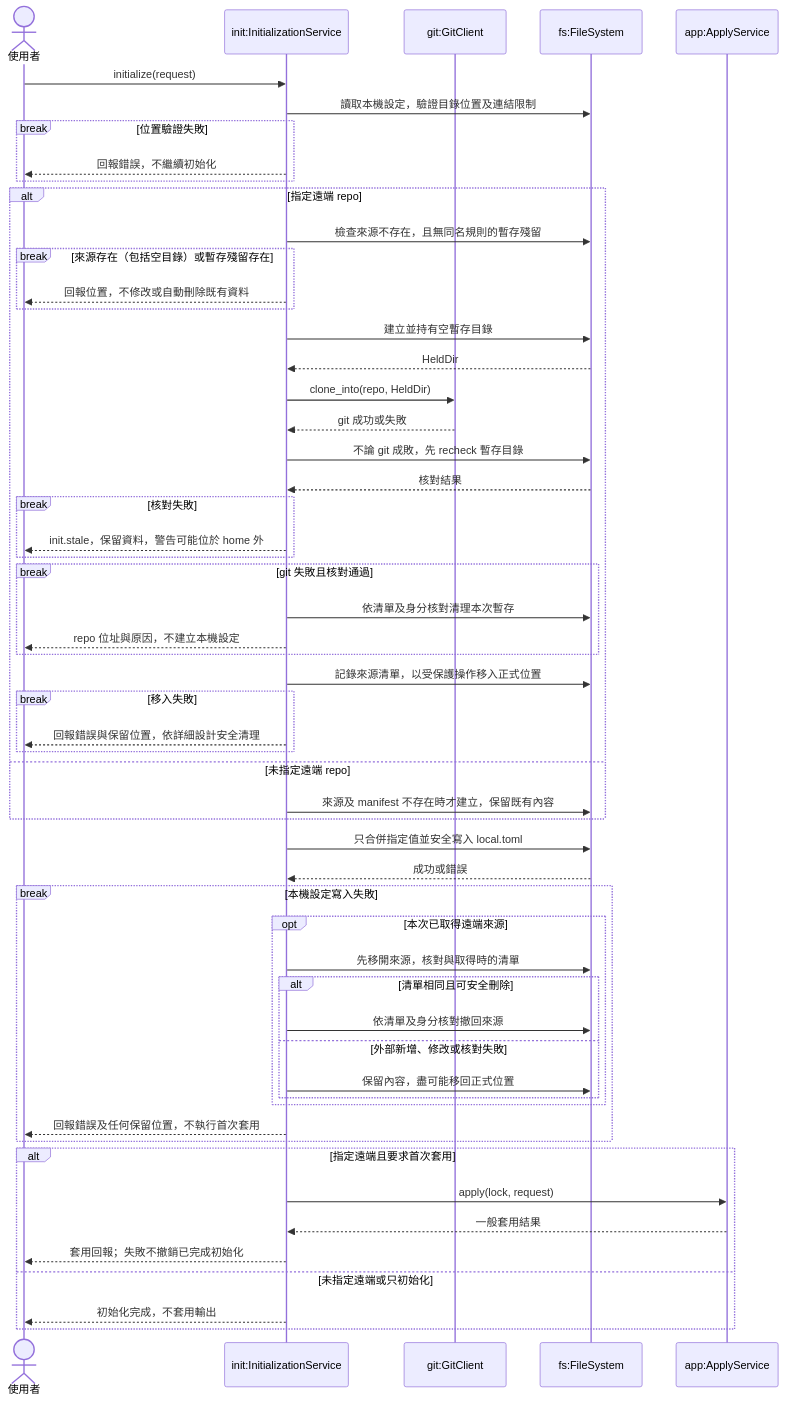
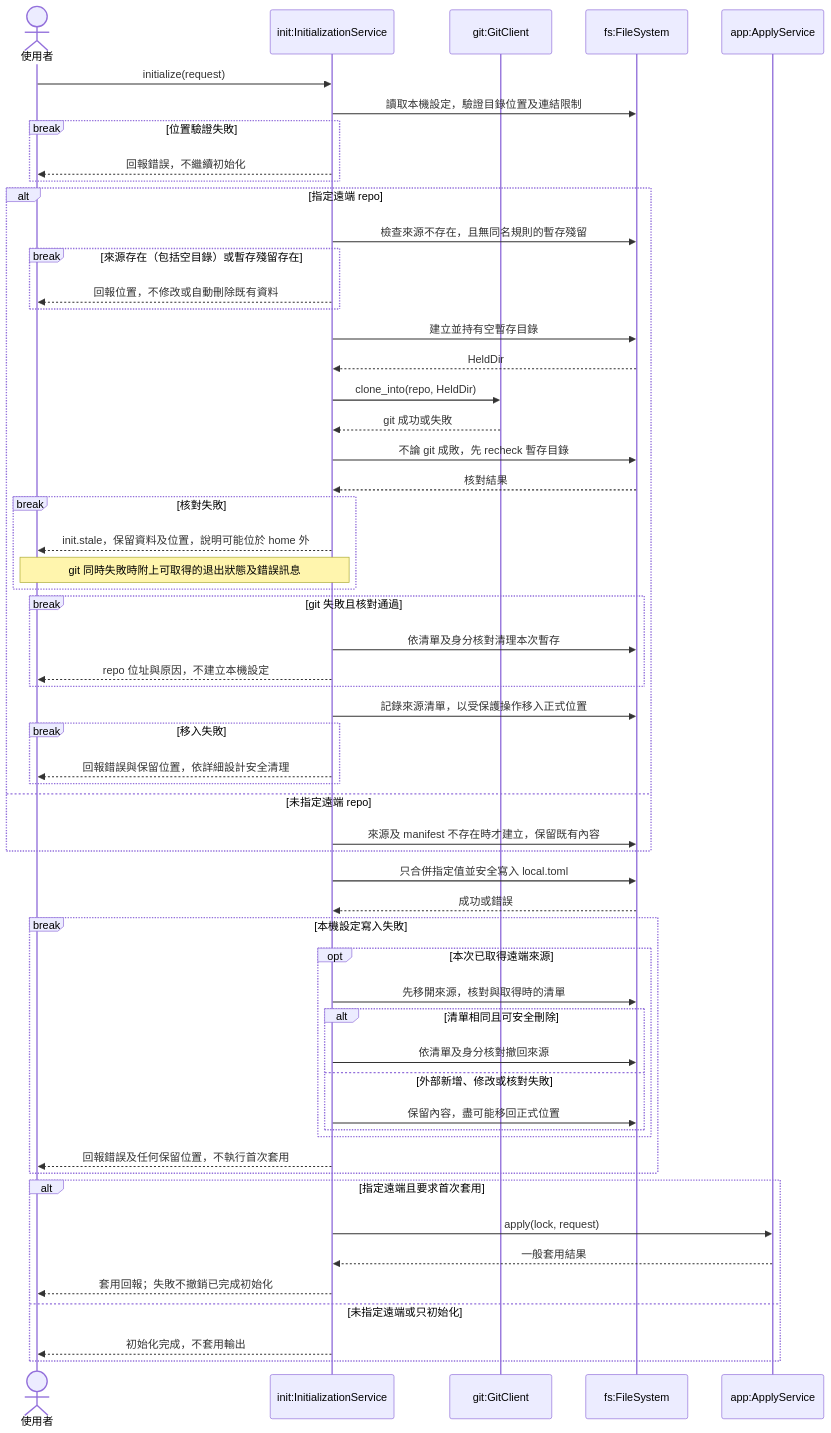
One commit to accidental-two-timer-sam-woof/rosamta-waterfall changed the tenth of 10 diagrams in docs/03-preliminary-design/uml.md. Above: the diagram before and after it, drawn with Mermaid. The commit also changed other lines of this file and 11 other files, not shown here.

````diff
--- a/docs/03-preliminary-design/uml.md
+++ b/docs/03-preliminary-design/uml.md
@@ -654,58 +704,59 @@
 ```mermaid
 sequenceDiagram
     actor U as 使用者
     participant I as init:InitializationService
     participant G as git:GitClient
     participant F as fs:FileSystem
     participant A as app:ApplyService
     U->>I: initialize(request)
     I->>F: 讀取本機設定，驗證目錄位置及連結限制
     break 位置驗證失敗
         I-->>U: 回報錯誤，不繼續初始化
     end
     alt 指定遠端 repo
         I->>F: 檢查來源不存在，且無同名規則的暫存殘留
         break 來源存在（包括空目錄）或暫存殘留存在
             I-->>U: 回報位置，不修改或自動刪除既有資料
         end
         I->>F: 建立並持有空暫存目錄
         F-->>I: HeldDir
         I->>G: clone_into(repo, HeldDir)
         G-->>I: git 成功或失敗
         I->>F: 不論 git 成敗，先 recheck 暫存目錄
         F-->>I: 核對結果
         break 核對失敗
-            I-->>U: init.stale，保留資料，警告可能位於 home 外
+            I-->>U: init.stale，保留資料及位置，說明可能位於 home 外
+            Note over I,U: git 同時失敗時附上可取得的退出狀態及錯誤訊息
         end
         break git 失敗且核對通過
             I->>F: 依清單及身分核對清理本次暫存
             I-->>U: repo 位址與原因，不建立本機設定
         end
         I->>F: 記錄來源清單，以受保護操作移入正式位置
         break 移入失敗
             I-->>U: 回報錯誤與保留位置，依詳細設計安全清理
         end
     else 未指定遠端 repo
         I->>F: 來源及 manifest 不存在時才建立，保留既有內容
     end
     I->>F: 只合併指定值並安全寫入 local.toml
     F-->>I: 成功或錯誤
     break 本機設定寫入失敗
         opt 本次已取得遠端來源
             I->>F: 先移開來源，核對與取得時的清單
             alt 清單相同且可安全刪除
                 I->>F: 依清單及身分核對撤回來源
             else 外部新增、修改或核對失敗
                 I->>F: 保留內容，盡可能移回正式位置
             end
         end
         I-->>U: 回報錯誤及任何保留位置，不執行首次套用
     end
     alt 指定遠端且要求首次套用
         I->>A: apply(lock, request)
         A-->>I: 一般套用結果
         I-->>U: 套用回報；失敗不撤銷已完成初始化
     else 未指定遠端或只初始化
         I-->>U: 初始化完成，不套用輸出
     end
 ```
````
